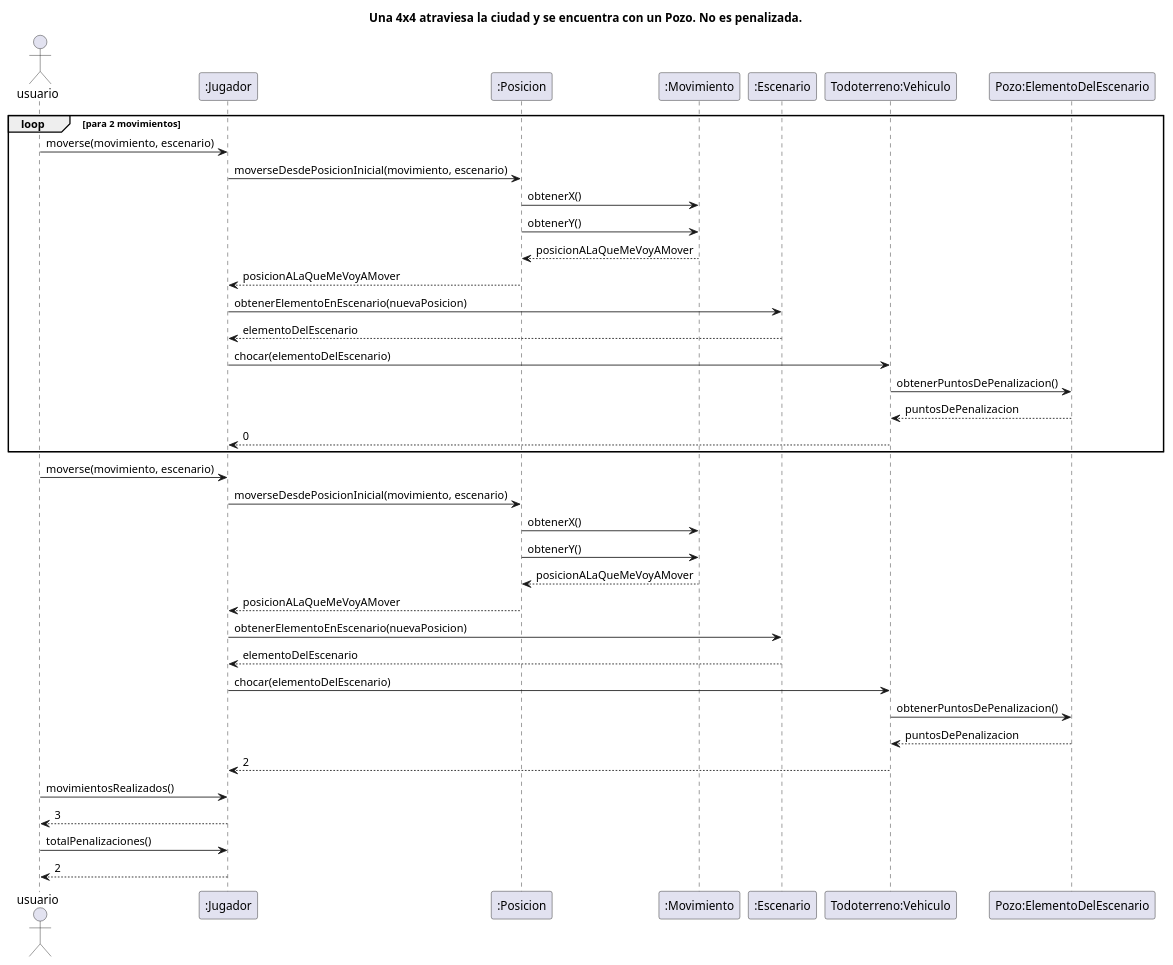
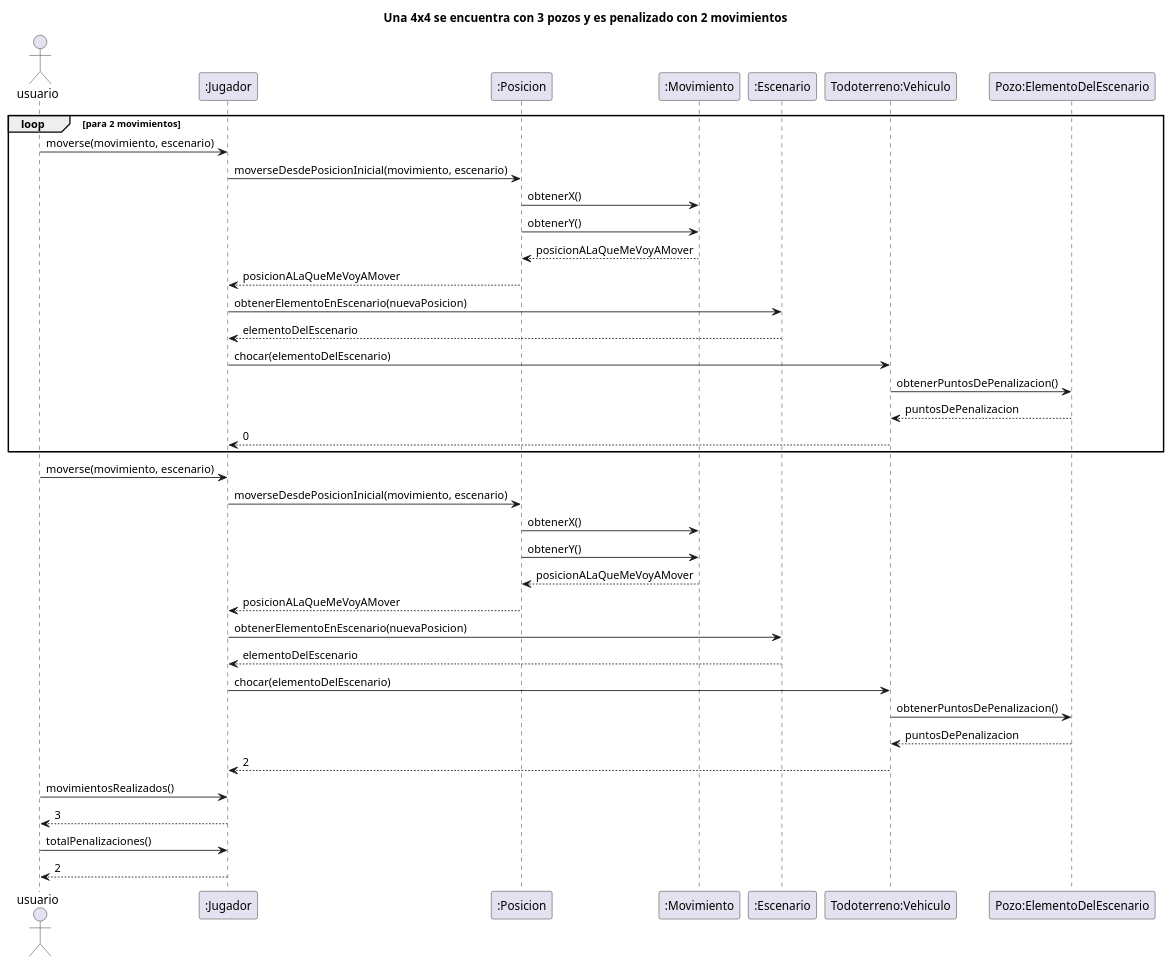
Before and after one commit to NestorPala/T17-GPSChallenge: the diagram in diagrams/sequences/todoterreno_choca_3pozos.puml, drawn with PlantUML. The commit also changed 3 other files, not shown here.

Commit message:
Corrección título diagramas de secuencia

```diff
--- a/diagrams/sequences/todoterreno_choca_3pozos.puml
+++ b/diagrams/sequences/todoterreno_choca_3pozos.puml
@@ -1,37 +1,37 @@
 @startuml
-title Una 4x4 atraviesa la ciudad y se encuentra con un Pozo. No es penalizada.
+title Una 4x4 se encuentra con 3 pozos y es penalizado con 2 movimientos
 Actor usuario
 
 loop para 2 movimientos
 "usuario" -> ":Jugador": moverse(movimiento, escenario)
 ":Jugador" -> ":Posicion": moverseDesdePosicionInicial(movimiento, escenario)
 ":Posicion" -> ":Movimiento": obtenerX()
 ":Posicion" -> ":Movimiento": obtenerY()
 return posicionALaQueMeVoyAMover
 ":Posicion" --> ":Jugador": posicionALaQueMeVoyAMover
 ":Jugador" -> ":Escenario": obtenerElementoEnEscenario(nuevaPosicion)
 ":Escenario" --> ":Jugador": elementoDelEscenario
 ":Jugador" -> "Todoterreno:Vehiculo": chocar(elementoDelEscenario)
 "Todoterreno:Vehiculo" -> "Pozo:ElementoDelEscenario": obtenerPuntosDePenalizacion()
 return puntosDePenalizacion
 "Todoterreno:Vehiculo" --> ":Jugador": 0
 end
 
 "usuario" -> ":Jugador": moverse(movimiento, escenario)
 ":Jugador" -> ":Posicion": moverseDesdePosicionInicial(movimiento, escenario)
 ":Posicion" -> ":Movimiento": obtenerX()
 ":Posicion" -> ":Movimiento": obtenerY()
 return posicionALaQueMeVoyAMover
 ":Posicion" --> ":Jugador": posicionALaQueMeVoyAMover
 ":Jugador" -> ":Escenario": obtenerElementoEnEscenario(nuevaPosicion)
 ":Escenario" --> ":Jugador": elementoDelEscenario
 ":Jugador" -> "Todoterreno:Vehiculo": chocar(elementoDelEscenario)
 "Todoterreno:Vehiculo" -> "Pozo:ElementoDelEscenario": obtenerPuntosDePenalizacion()
 return puntosDePenalizacion
 "Todoterreno:Vehiculo" --> ":Jugador": 2
 "usuario" -> ":Jugador": movimientosRealizados()
 return 3
 "usuario" -> ":Jugador": totalPenalizaciones()
 return 2
 
 @enduml
```
